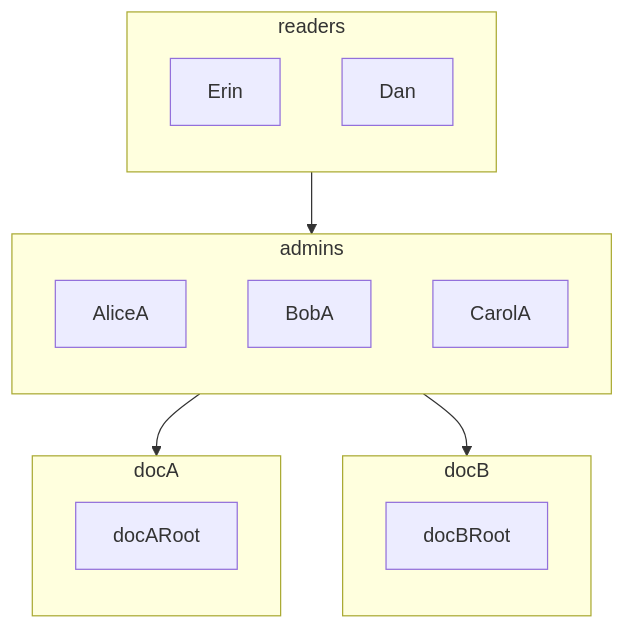
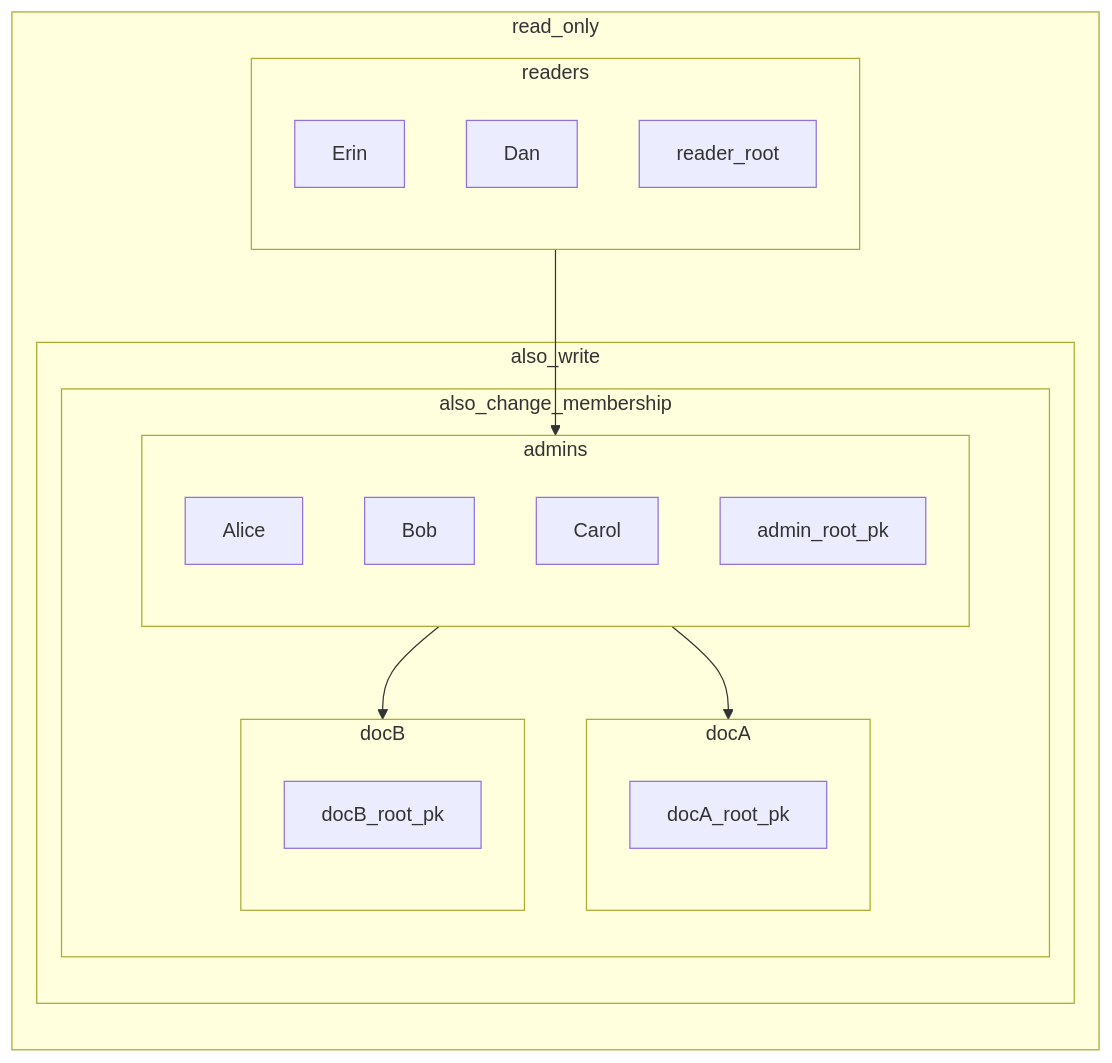
Before and after one commit to inkandswitch/keyhive: the third of 3 diagrams in design/group_membership.md, drawn with Mermaid. The commit also changed other lines of this file, not shown here.

Commit message:
Materialization

````diff
--- a/design/group_membership.md
+++ b/design/group_membership.md
@@ -116,34 +116,46 @@
 ```mermaid
 flowchart TB
-    subgraph docA
+    subgraph read_only
         direction TB
 
-        docARoot
-    end
+        subgraph readers
+            direction TB
 
-    subgraph docB
-        direction TB
+            Erin
+            Dan
 
-        docBRoot
-    end
+            reader_root
+        end
 
-    subgraph admins
-        direction TB
+        subgraph also_write
+            subgraph also_change_membership
+                subgraph admins
+                    direction TB
 
-        AliceA
-        BobA
-        CarolA
-    end
+                    Alice
+                    Bob
+                    Carol
 
-    subgraph readers
-        direction TB
+                    admin_root_pk
+                end
 
-        Erin
-        Dan
+                subgraph docA
+                    direction TB
+
+                    docA_root_pk
+                end
+
+                subgraph docB
+                    direction TB
+
+                    docB_root_pk
+                end
+            end
+        end
     end
 
     admins --> docA
     admins --> docB
 
     readers --> admins
 ```
````
